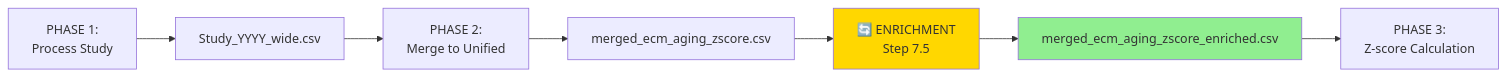
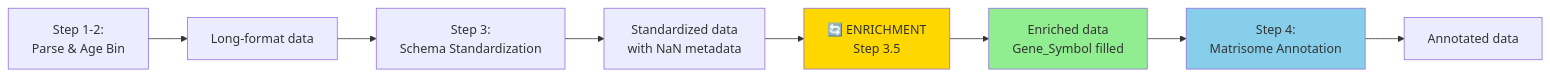
One commit to raimbetov/ecm-atlas changed the diagram in 11_subagent_for_LFQ_ingestion/07_PROTEIN_METADATA_ENRICHMENT.md. Above: the diagram before and after it, drawn with Mermaid. The commit also changed other lines of this file and 11 other files, not shown here.

````diff
--- a/11_subagent_for_LFQ_ingestion/07_PROTEIN_METADATA_ENRICHMENT.md
+++ b/11_subagent_for_LFQ_ingestion/07_PROTEIN_METADATA_ENRICHMENT.md
@@ -258,12 +258,14 @@
 ```mermaid
 graph LR
-    A[PHASE 1:<br/>Process Study] --> B[Study_YYYY_wide.csv]
-    B --> C[PHASE 2:<br/>Merge to Unified]
-    C --> D[merged_ecm_aging_zscore.csv]
-    D --> E[🔄 ENRICHMENT<br/>Step 7.5]
-    E --> F[merged_ecm_aging_zscore_enriched.csv]
-    F --> G[PHASE 3:<br/>Z-score Calculation]
+    A[Step 1-2:<br/>Parse & Age Bin] --> B[Long-format data]
+    B --> C[Step 3:<br/>Schema Standardization]
+    C --> D[Standardized data<br/>with NaN metadata]
+    D --> E[🔄 ENRICHMENT<br/>Step 3.5]
+    E --> F[Enriched data<br/>Gene_Symbol filled]
+    F --> G[Step 4:<br/>Matrisome Annotation]
+    G --> H[Annotated data]
 
     style E fill:#FFD700
     style F fill:#90EE90
+    style G fill:#87CEEB
 ```
````
